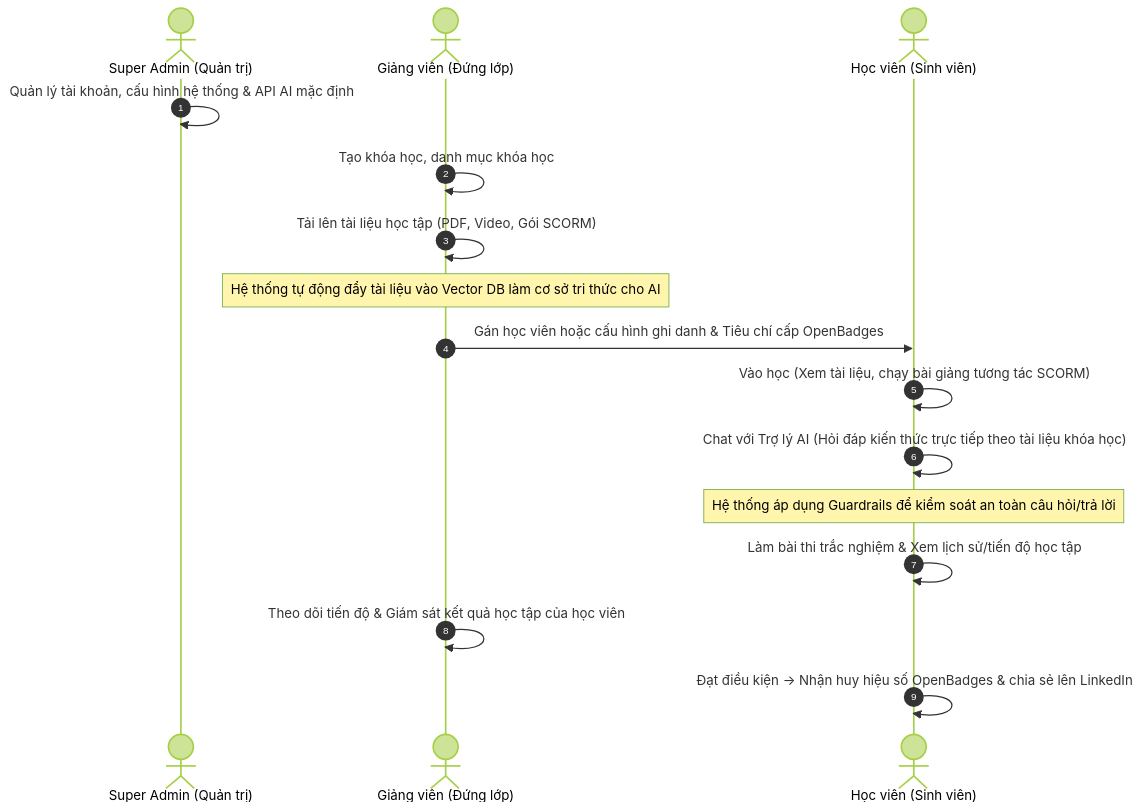
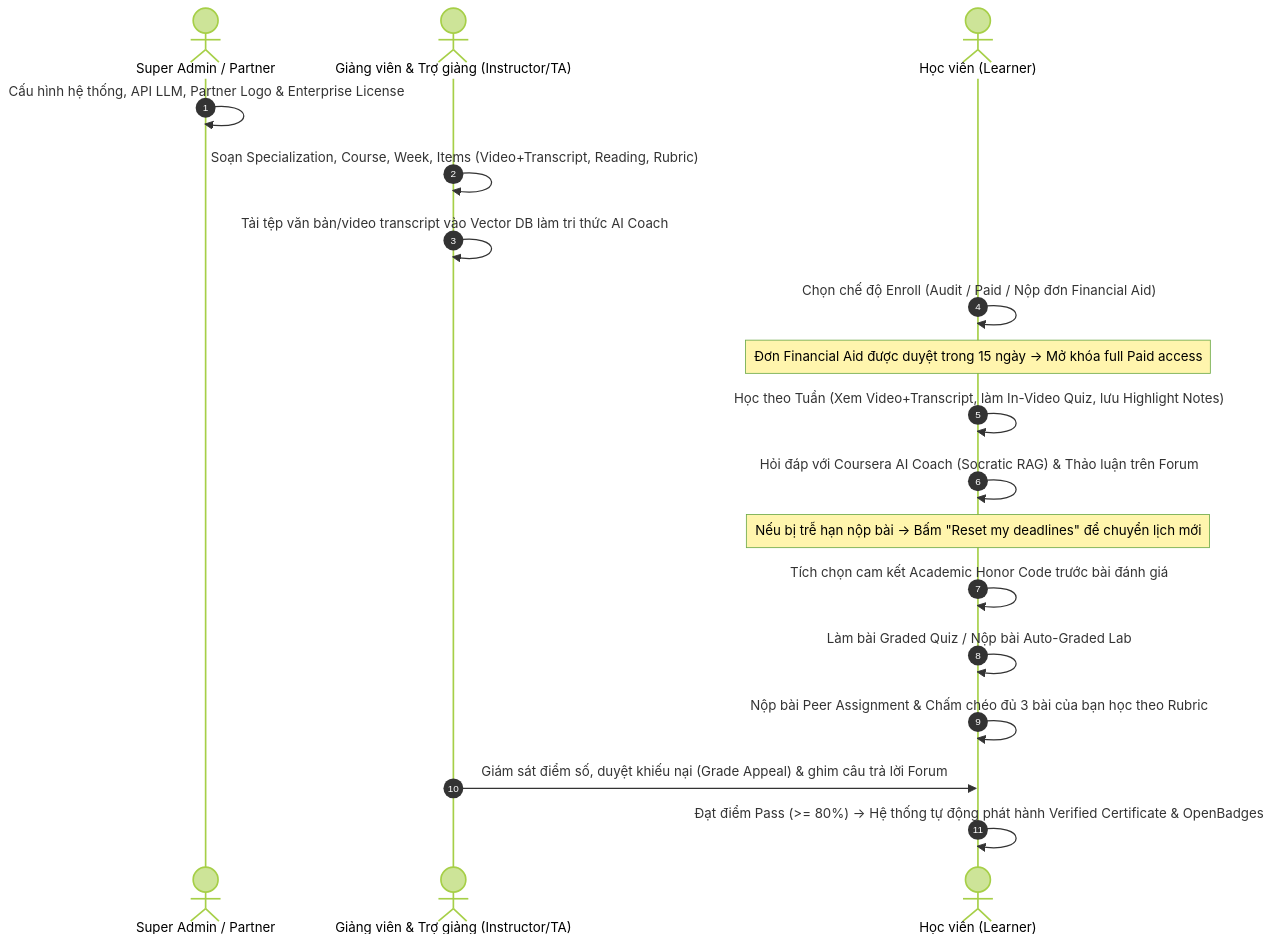
One commit to tianshi04/lms-ai-study-assistant changed the diagram in docs/01_overview.md. Above: the diagram before and after it, drawn with Mermaid (forest theme). The commit also changed other lines of this file and 4 other files, not shown here.

````diff
--- a/docs/01_overview.md
+++ b/docs/01_overview.md
@@ -36,19 +47,21 @@
 ```mermaid
 sequenceDiagram
     autonumber
-    actor Admin as Super Admin (Quản trị)
-    actor Teacher as Giảng viên (Đứng lớp)
-    actor Student as Học viên (Sinh viên)
+    actor Admin as Super Admin / Partner
+    actor Teacher as Giảng viên & Trợ giảng (Instructor/TA)
+    actor Student as Học viên (Learner)
 
-    Admin->>Admin: Quản lý tài khoản, cấu hình hệ thống & API AI mặc định
-    Teacher->>Teacher: Tạo khóa học, danh mục khóa học
-    Teacher->>Teacher: Tải lên tài liệu học tập (PDF, Video, Gói SCORM)
-    Note over Teacher: Hệ thống tự động đẩy tài liệu vào Vector DB làm cơ sở tri thức cho AI
-    Teacher->>Student: Gán học viên hoặc cấu hình ghi danh & Tiêu chí cấp OpenBadges
-    Student->>Student: Vào học (Xem tài liệu, chạy bài giảng tương tác SCORM)
-    Student->>Student: Chat với Trợ lý AI (Hỏi đáp kiến thức trực tiếp theo tài liệu khóa học)
-    Note over Student: Hệ thống áp dụng Guardrails để kiểm soát an toàn câu hỏi/trả lời
-    Student->>Student: Làm bài thi trắc nghiệm & Xem lịch sử/tiến độ học tập
-    Teacher->>Teacher: Theo dõi tiến độ & Giám sát kết quả học tập của học viên
-    Student->>Student: Đạt điều kiện -> Nhận huy hiệu số OpenBadges & chia sẻ lên LinkedIn
+    Admin->>Admin: Cấu hình hệ thống, API LLM, Partner Logo & Enterprise License
+    Teacher->>Teacher: Soạn Specialization, Course, Week, Items (Video+Transcript, Reading, Rubric)
+    Teacher->>Teacher: Tải tệp văn bản/video transcript vào Vector DB làm tri thức AI Coach
+    Student->>Student: Chọn chế độ Enroll (Audit / Paid / Nộp đơn Financial Aid)
+    Note over Student: Đơn Financial Aid được duyệt trong 15 ngày -> Mở khóa full Paid access
+    Student->>Student: Học theo Tuần (Xem Video+Transcript, làm In-Video Quiz, lưu Highlight Notes)
+    Student->>Student: Hỏi đáp với Coursera AI Coach (Socratic RAG) & Thảo luận trên Forum
+    Note over Student: Nếu bị trễ hạn nộp bài -> Bấm "Reset my deadlines" để chuyển lịch mới
+    Student->>Student: Tích chọn cam kết Academic Honor Code trước bài đánh giá
+    Student->>Student: Làm bài Graded Quiz / Nộp bài Auto-Graded Lab
+    Student->>Student: Nộp bài Peer Assignment & Chấm chéo đủ 3 bài của bạn học theo Rubric
+    Teacher->>Student: Giám sát điểm số, duyệt khiếu nại (Grade Appeal) & ghim câu trả lời Forum
+    Student->>Student: Đạt điểm Pass (>= 80%) -> Hệ thống tự động phát hành Verified Certificate & OpenBadges
 ```
````
